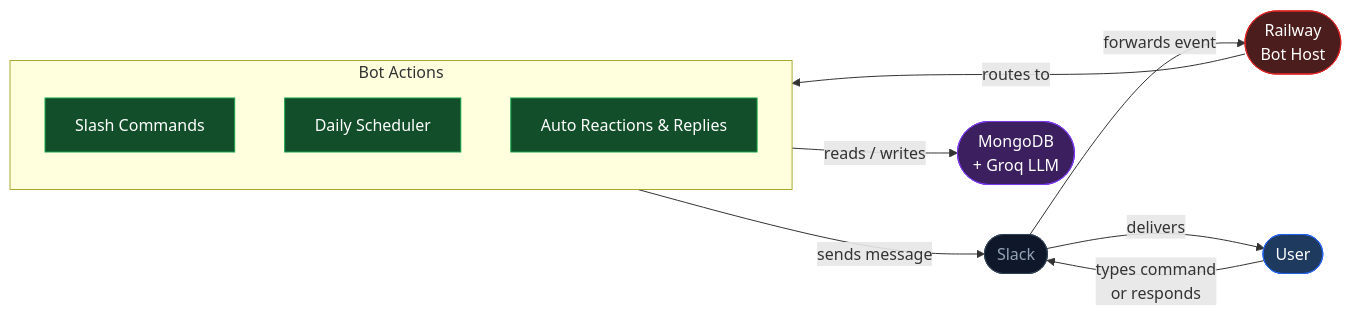
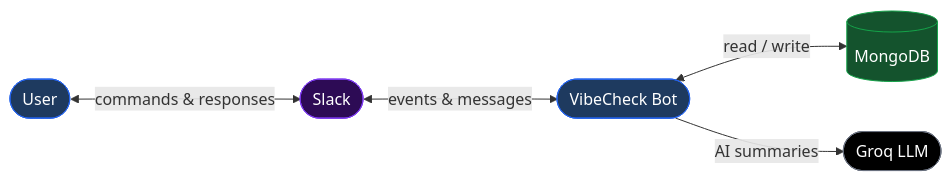
One commit to Capstone-Projects-2026-spring/project-bereal-chatbot changed the diagram in documentation/docs/requirements/system-block-diagram.md. Above: the diagram before and after it, drawn with Mermaid. The commit also changed other lines of this file, not shown here.

Commit message:
remade system block diagram and updated descriptions

````diff
--- a/documentation/docs/requirements/system-block-diagram.md
+++ b/documentation/docs/requirements/system-block-diagram.md
@@ -11,30 +11,19 @@
 ```mermaid
 flowchart LR
-    classDef user fill:#1E3A5F,stroke:#2563EB,color:#fff
-    classDef ext fill:#0F172A,stroke:#334155,color:#94A3B8
-    classDef bot fill:#4C1D1D,stroke:#DC2626,color:#fff
-    classDef cmd fill:#134E2A,stroke:#16A34A,color:#fff
-    classDef data fill:#3B1F5E,stroke:#7C3AED,color:#fff
+    classDef user  fill:#1E3A5F,stroke:#2563EB,color:#fff
+    classDef slack fill:#2D0B55,stroke:#7C3AED,color:#fff
+    classDef bot   fill:#1E3A5F,stroke:#2563EB,color:#fff
+    classDef db    fill:#14532D,stroke:#16A34A,color:#fff
+    classDef llm   fill:#000000,stroke:#6B7280,color:#fff
 
-    U(["User"]):::user
-    U -->|"types command\nor responds"| SL
+    USER(["User"]):::user
+    SLACK(["Slack"]):::slack
+    BOT(["VibeCheck Bot"]):::bot
+    DB[("MongoDB")]:::db
+    LLM(["Groq LLM"]):::llm
 
-    SL(["Slack"]):::ext
-    SL -->|"forwards event"| RW
-
-    RW(["Railway\nBot Host"]):::bot
-    RW -->|"routes to"| CMD
-
-    subgraph CMD["Bot Actions"]
-        direction TB
-        C1["Slash Commands"]:::cmd
-        C2["Daily Scheduler"]:::cmd
-        C3["Auto Reactions & Replies"]:::cmd
-    end
-
-    CMD -->|"reads / writes"| DB
-    CMD -->|"sends message"| SL
-    SL -->|"delivers"| U
-
-    DB(["MongoDB\n+ Groq LLM"]):::data
+    USER  <-->|"commands & responses"| SLACK
+    SLACK <-->|"events & messages"| BOT
+    BOT   <-->|"read / write"| DB
+    BOT   -->|"AI summaries"| LLM
 ```
````
